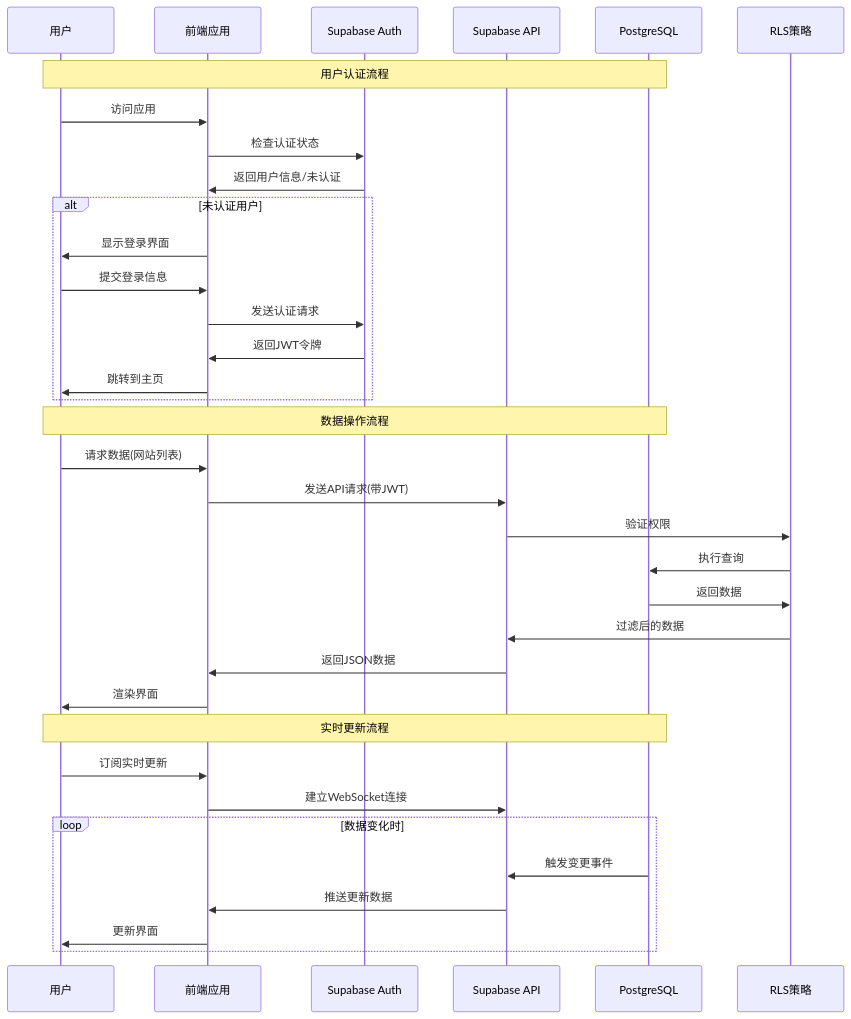
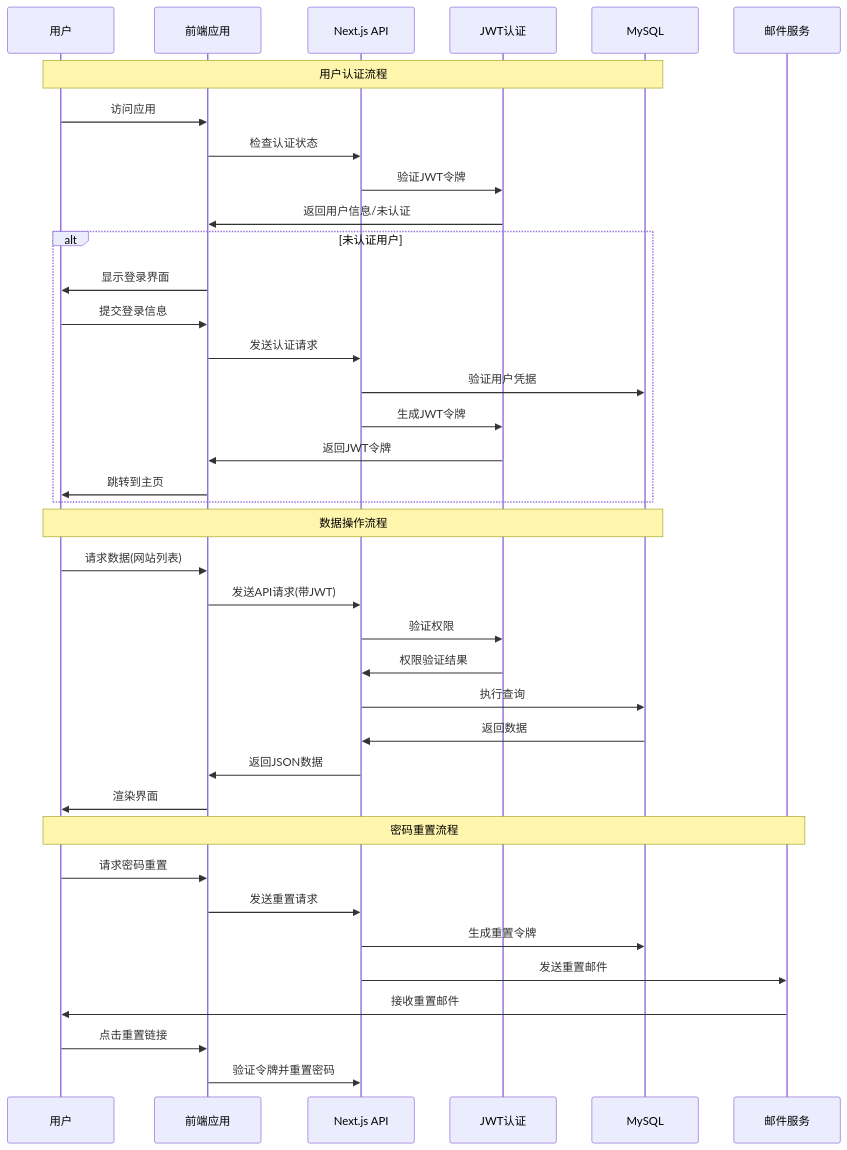
One commit to Sube3494/website-curator changed the third of 3 diagrams in docs/ARCHITECTURE.md. Above: the diagram before and after it, drawn with Mermaid. The commit also changed other lines of this file and 63 other files, not shown here.

First line of the commit message:
feat(stack): 从 Supabase 迁移到 MySQL 和自定义 JWT 认证

````diff
--- a/docs/ARCHITECTURE.md
+++ b/docs/ARCHITECTURE.md
@@ -196,42 +197,44 @@
 ```mermaid
 sequenceDiagram
     participant U as 用户
     participant F as 前端应用
-    participant A as Supabase Auth
-    participant API as Supabase API
-    participant DB as PostgreSQL
-    participant RLS as RLS策略
+    participant API as Next.js API
+    participant AUTH as JWT认证
+    participant DB as MySQL
+    participant MAIL as 邮件服务
 
     Note over U,DB: 用户认证流程
     U->>F: 访问应用
-    F->>A: 检查认证状态
-    A->>F: 返回用户信息/未认证
-    
+    F->>API: 检查认证状态
+    API->>AUTH: 验证JWT令牌
+    AUTH->>F: 返回用户信息/未认证
+
     alt 未认证用户
         F->>U: 显示登录界面
         U->>F: 提交登录信息
-        F->>A: 发送认证请求
-        A->>F: 返回JWT令牌
+        F->>API: 发送认证请求
+        API->>DB: 验证用户凭据
+        API->>AUTH: 生成JWT令牌
+        AUTH->>F: 返回JWT令牌
         F->>U: 跳转到主页
     end
 
     Note over U,DB: 数据操作流程
     U->>F: 请求数据(网站列表)
     F->>API: 发送API请求(带JWT)
-    API->>RLS: 验证权限
-    RLS->>DB: 执行查询
-    DB->>RLS: 返回数据
-    RLS->>API: 过滤后的数据
+    API->>AUTH: 验证权限
+    AUTH->>API: 权限验证结果
+    API->>DB: 执行查询
+    DB->>API: 返回数据
     API->>F: 返回JSON数据
     F->>U: 渲染界面
 
-    Note over U,DB: 实时更新流程
-    U->>F: 订阅实时更新
-    F->>API: 建立WebSocket连接
-    
-    loop 数据变化时
-        DB->>API: 触发变更事件
-        API->>F: 推送更新数据
-        F->>U: 更新界面
-    end
+    Note over U,MAIL: 密码重置流程
+    U->>F: 请求密码重置
+    F->>API: 发送重置请求
+    API->>DB: 生成重置令牌
+    API->>MAIL: 发送重置邮件
+    MAIL->>U: 接收重置邮件
+    U->>F: 点击重置链接
+    F->>API: 验证令牌并重置密码
 ```
````
